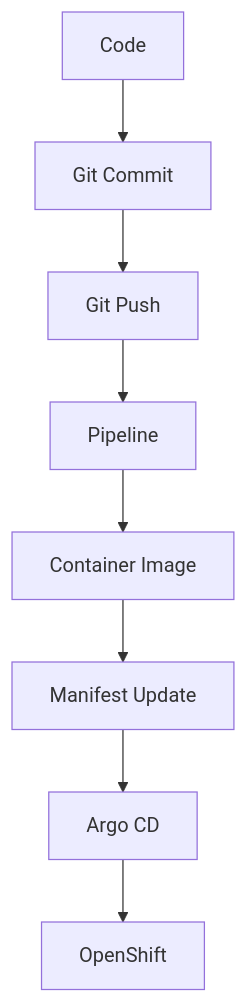
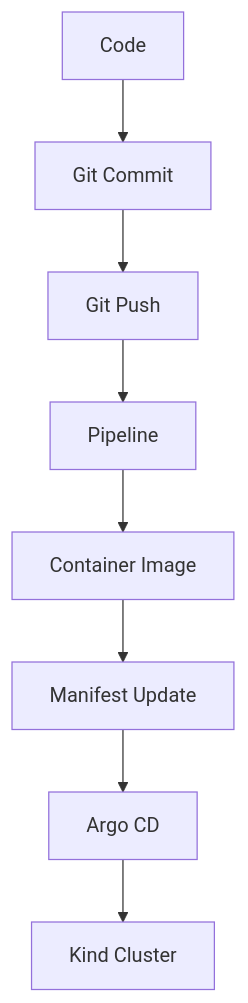
Before and after one commit to fedesa92/learning-gitOps: the fifth of 5 diagrams in ARCHITECTURE.md, drawn with Mermaid. The commit also changed other lines of this file and 4 other files, not shown here.

````diff
--- a/ARCHITECTURE.md
+++ b/ARCHITECTURE.md
@@ -358,10 +358,10 @@
 ```mermaid
 graph TD
     A[Code] --> B[Git Commit]
     B --> C[Git Push]
     C --> D[Pipeline]
     D --> E[Container Image]
     E --> F[Manifest Update]
     F --> G[Argo CD]
-    G --> H[OpenShift]
+    G --> H[Kind Cluster]
 ```
````
